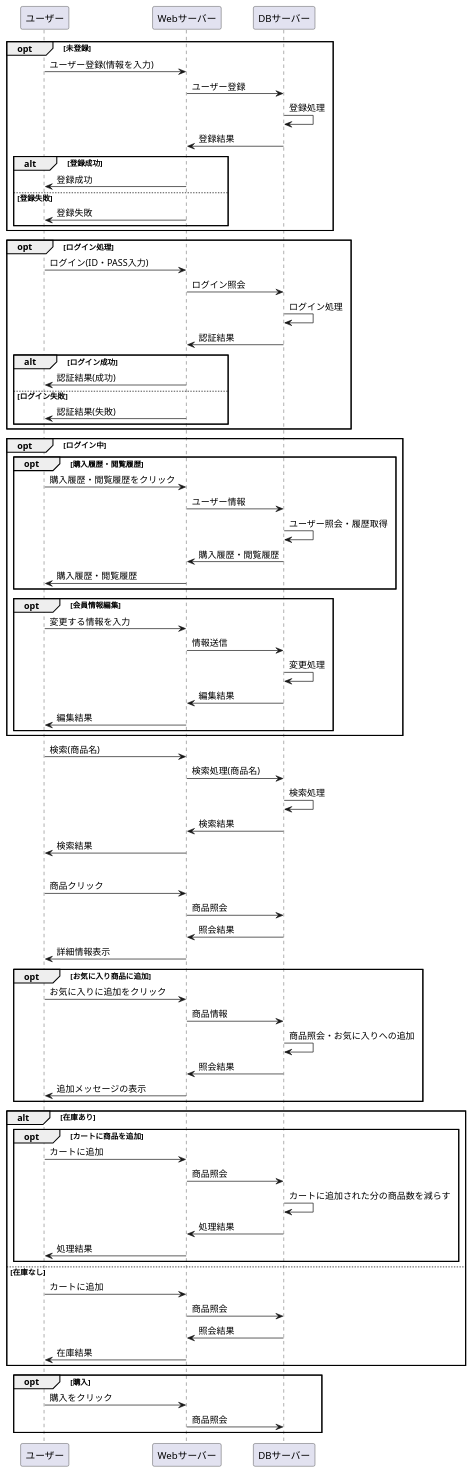
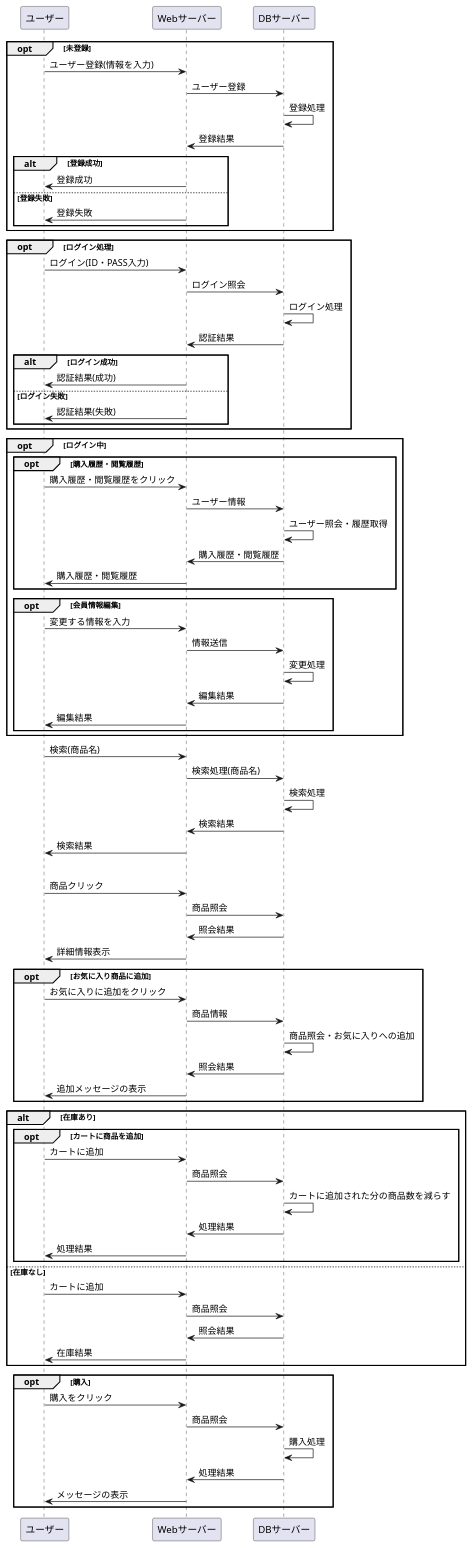
One commit to Aso2001163/2021sys-design-2 changed the diagram in システム開発/業務フロー/業務フロー.md. Above: the diagram before and after it, drawn with PlantUML.

````diff
--- a/システム開発/業務フロー/業務フロー.md
+++ b/システム開発/業務フロー/業務フロー.md
@@ -85,6 +85,9 @@
 opt 購入
 ユーザー -> Webサーバー : 購入をクリック
 Webサーバー -> DBサーバー : 商品照会
+DBサーバー -> DBサーバー : 購入処理
+DBサーバー -> Webサーバー :処理結果
+Webサーバー -> ユーザー : メッセージの表示
 end
 @enduml
 ```
````
